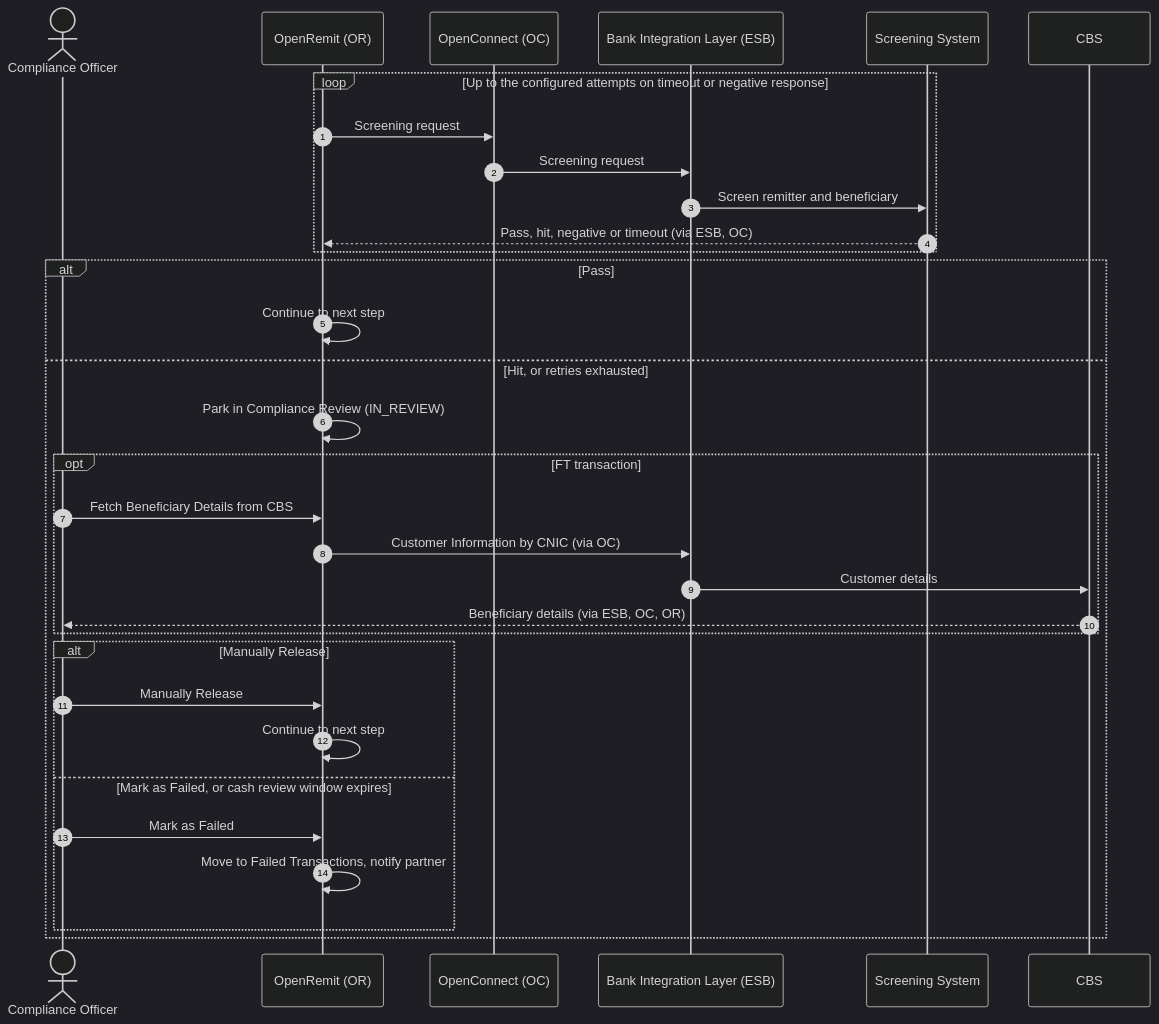
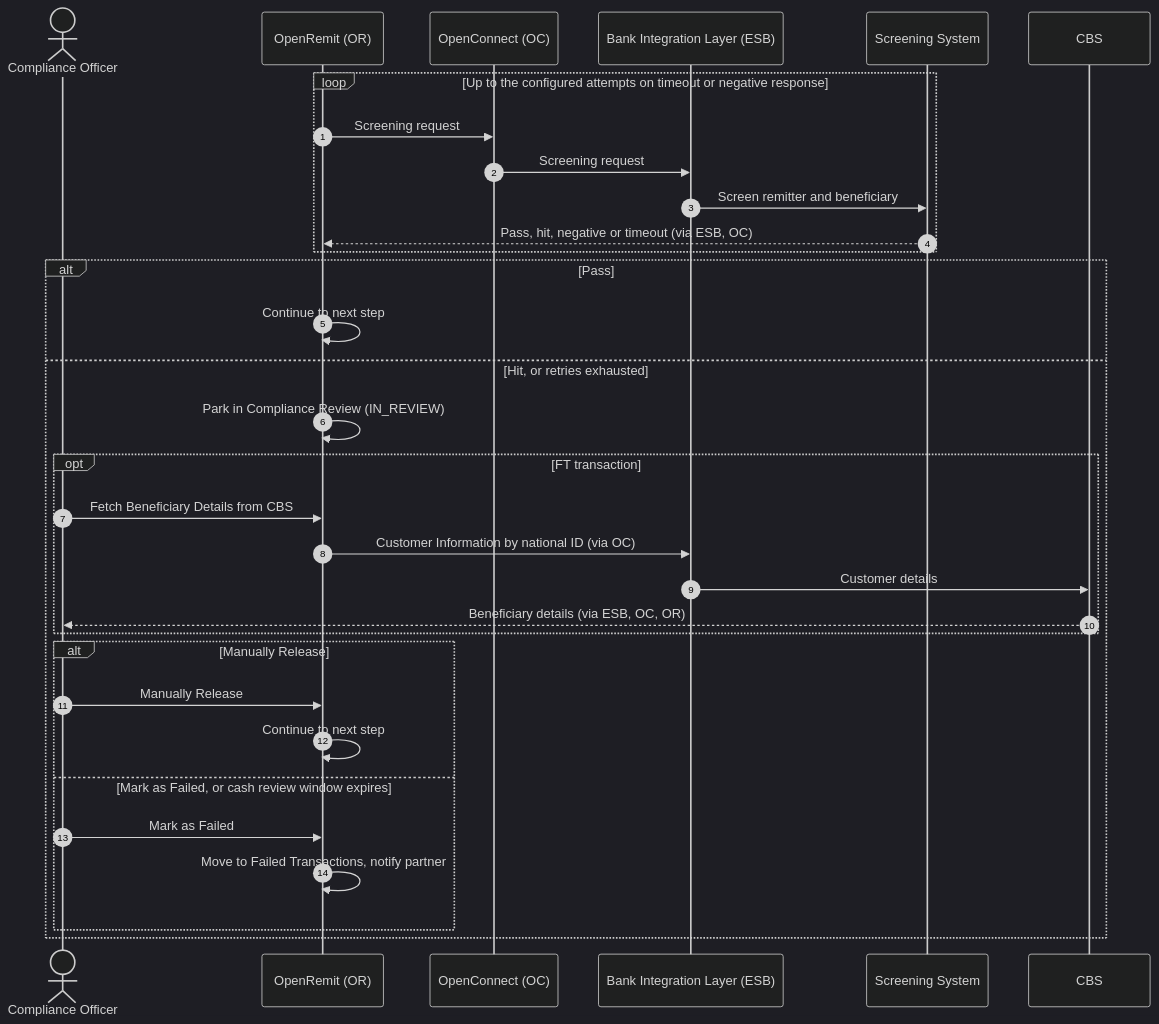
The diagram in docs/features/non-financial/screening-compliance-review.md (paysyslab/OpenRemit), drawn with Mermaid (dark theme) before and after one commit. The commit also changed other lines of this file and 38 other files, not shown here.

````diff
--- a/docs/features/non-financial/screening-compliance-review.md
+++ b/docs/features/non-financial/screening-compliance-review.md
@@ -62,35 +62,35 @@
 ```mermaid
 sequenceDiagram
     autonumber
     actor CO as Compliance Officer
     participant OR as OpenRemit (OR)
     participant OC as OpenConnect (OC)
     participant ESB as Bank Integration Layer (ESB)
     participant SS as Screening System
     participant CBS
 
     loop Up to the configured attempts on timeout or negative response
         OR->>OC: Screening request
         OC->>ESB: Screening request
         ESB->>SS: Screen remitter and beneficiary
         SS-->>OR: Pass, hit, negative or timeout (via ESB, OC)
     end
     alt Pass
         OR->>OR: Continue to next step
     else Hit, or retries exhausted
         OR->>OR: Park in Compliance Review (IN_REVIEW)
         opt FT transaction
             CO->>OR: Fetch Beneficiary Details from CBS
-            OR->>ESB: Customer Information by CNIC (via OC)
+            OR->>ESB: Customer Information by national ID (via OC)
             ESB->>CBS: Customer details
             CBS-->>CO: Beneficiary details (via ESB, OC, OR)
         end
         alt Manually Release
             CO->>OR: Manually Release
             OR->>OR: Continue to next step
         else Mark as Failed, or cash review window expires
             CO->>OR: Mark as Failed
             OR->>OR: Move to Failed Transactions, notify partner
         end
     end
 ```
````
